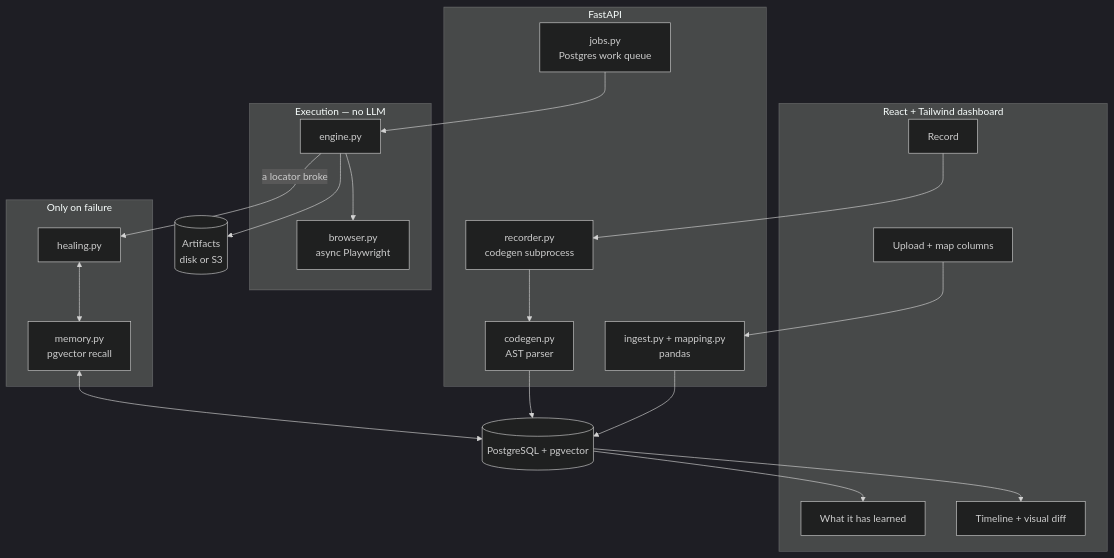
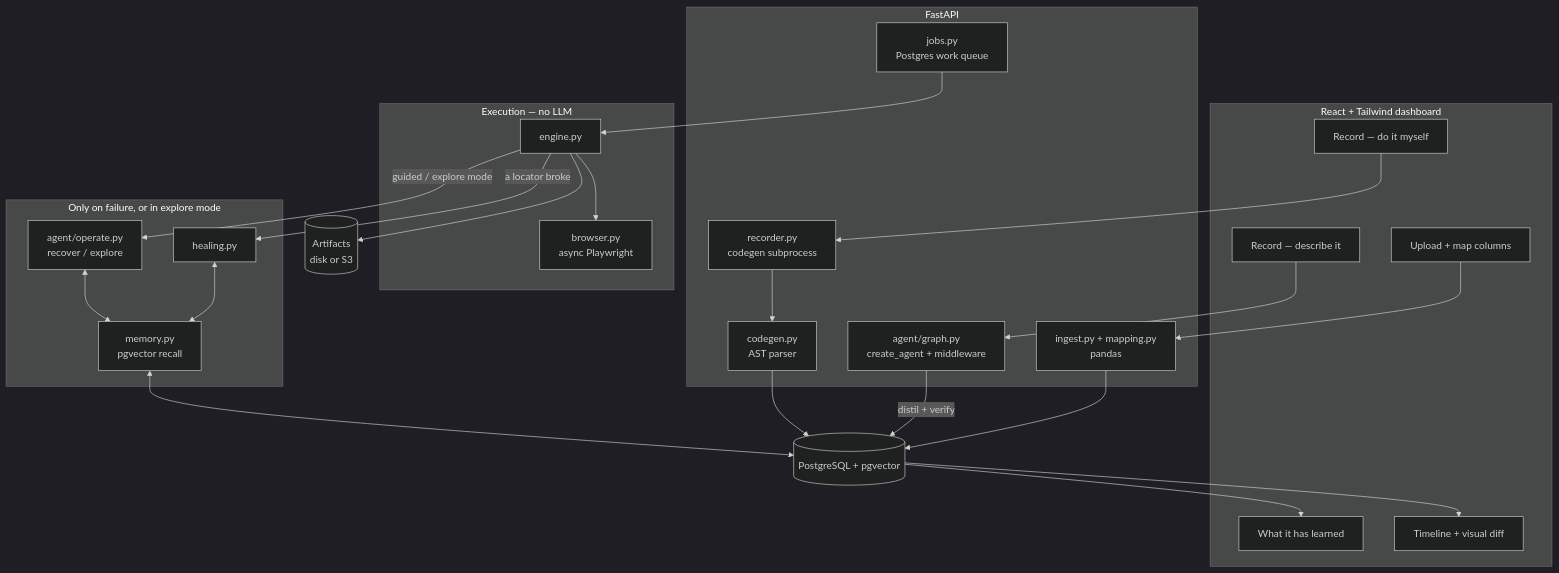
One commit to eldostech/browser-automation-latest changed the diagram in README.md. Above: the diagram before and after it, drawn with Mermaid (dark theme). The commit also changed other lines of this file and 3 other files, not shown here.

````diff
--- a/README.md
+++ b/README.md
@@ -80,38 +97,44 @@
 ```mermaid
 flowchart TB
     subgraph FE["React + Tailwind dashboard"]
-        REC["Record"]
+        REC["Record — do it myself"]
+        AGENTREC["Record — describe it"]
         MAP["Upload + map columns"]
         TRAIL["Timeline + visual diff"]
         LEARN["What it has learned"]
     end
 
     subgraph API["FastAPI"]
         RECORDER["recorder.py<br/>codegen subprocess"]
         CODEGEN["codegen.py<br/>AST parser"]
+        AGENT["agent/graph.py<br/>create_agent + middleware"]
         INGEST["ingest.py + mapping.py<br/>pandas"]
         QUEUE["jobs.py<br/>Postgres work queue"]
     end
 
     subgraph RUN["Execution — no LLM"]
         ENGINE["engine.py"]
         BROWSER["browser.py<br/>async Playwright"]
     end
 
-    subgraph HEAL["Only on failure"]
+    subgraph HEAL["Only on failure, or in explore mode"]
         HEALER["healing.py"]
+        OPERATE["agent/operate.py<br/>recover / explore"]
         MEM["memory.py<br/>pgvector recall"]
     end
 
     DB[("PostgreSQL + pgvector")]
     ART[("Artifacts<br/>disk or S3")]
 
     REC --> RECORDER --> CODEGEN --> DB
+    AGENTREC --> AGENT -->|"distil + verify"| DB
     MAP --> INGEST --> DB
     QUEUE --> ENGINE --> BROWSER
     ENGINE --> ART
     ENGINE -->|"a locator broke"| HEALER
+    ENGINE -->|"guided / explore mode"| OPERATE
     HEALER <--> MEM <--> DB
+    OPERATE <--> MEM
     DB --> TRAIL
     DB --> LEARN
 ```
````
